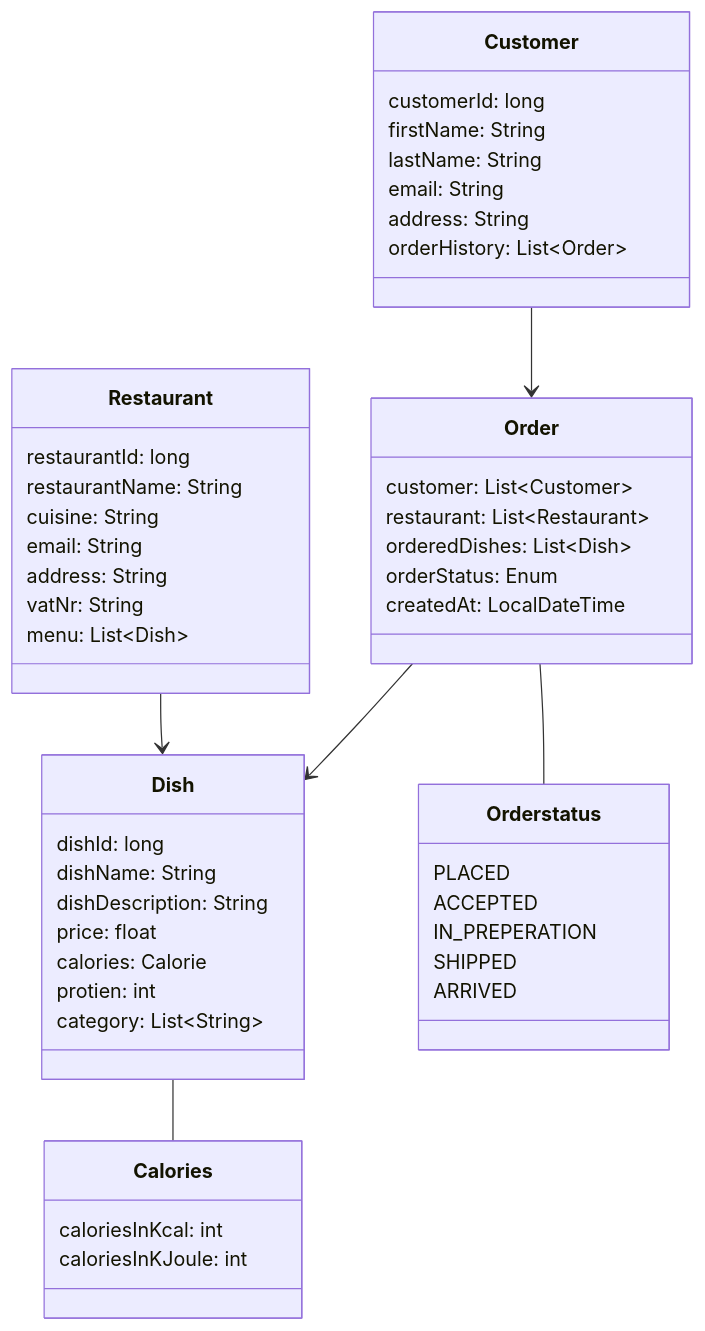
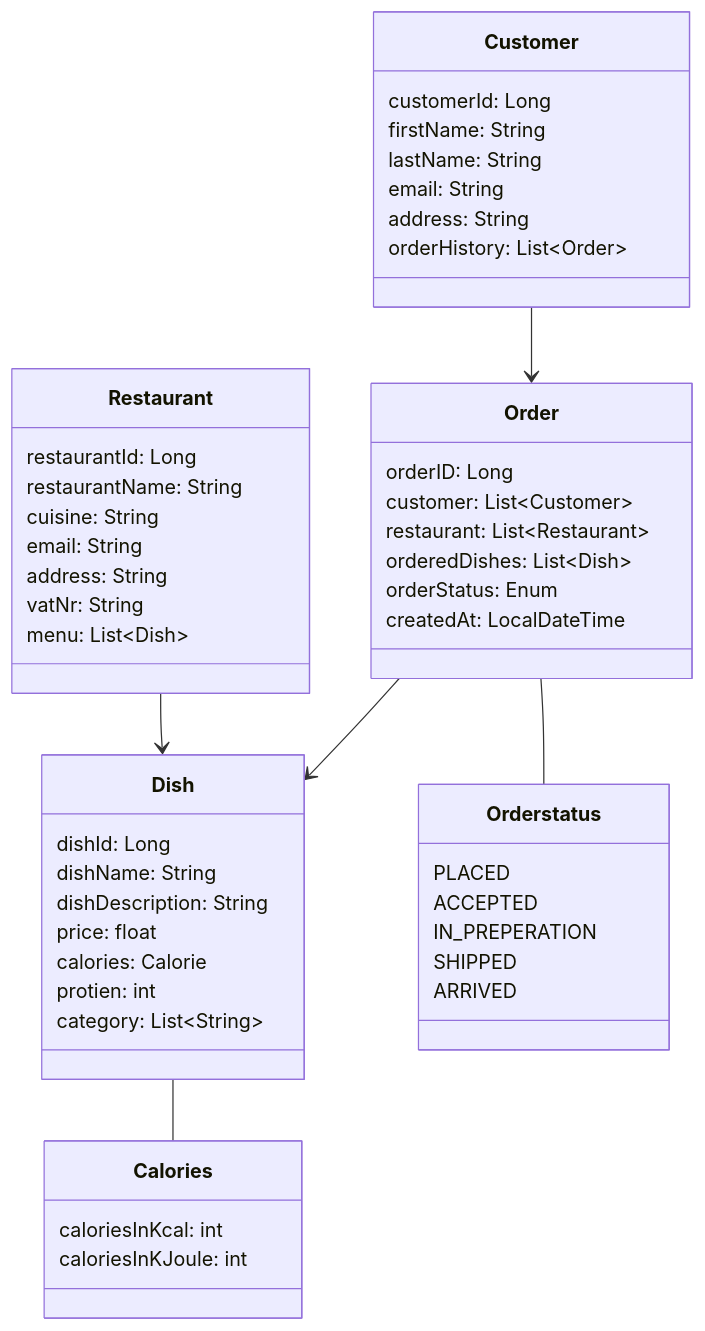
One commit to tobiasmair/Snack_Track changed the diagram in diagrams/classDiagram.mmd. Above: the diagram before and after it, drawn with Mermaid. The commit also changed 11 other files, not shown here.

```diff
--- a/diagrams/classDiagram.mmd
+++ b/diagrams/classDiagram.mmd
@@ -1,57 +1,58 @@
 classDiagram
     class Customer {
-        customerId: long
+        customerId: Long
         firstName: String
         lastName: String
         email: String
         address: String
         orderHistory: List~Order~
     }
 
     class Restaurant {
-        restaurantId: long
+        restaurantId: Long
         restaurantName: String
         cuisine: String
         email: String
         address: String
         vatNr: String
         menu: List~Dish~
     }
 
     class Order {
+        orderID: Long
         customer: List~Customer~
         restaurant: List~Restaurant~
         orderedDishes: List~Dish~
         orderStatus: Enum
         createdAt: LocalDateTime
     }
 
     class Dish {
-        dishId: long
+        dishId: Long
         dishName: String
         dishDescription: String
         price: float
         calories: Calorie
         protien: int
         category: List~String~
     }
 
     class Calories {
         caloriesInKcal: int
         caloriesInKJoule: int
     }
 
     class Orderstatus {
         PLACED
         ACCEPTED
         IN_PREPERATION
         SHIPPED
         ARRIVED
     }
 
 
     Customer --> Order
     Restaurant --> Dish
     Order --> Dish
     Order -- Orderstatus
     Dish -- Calories
```
